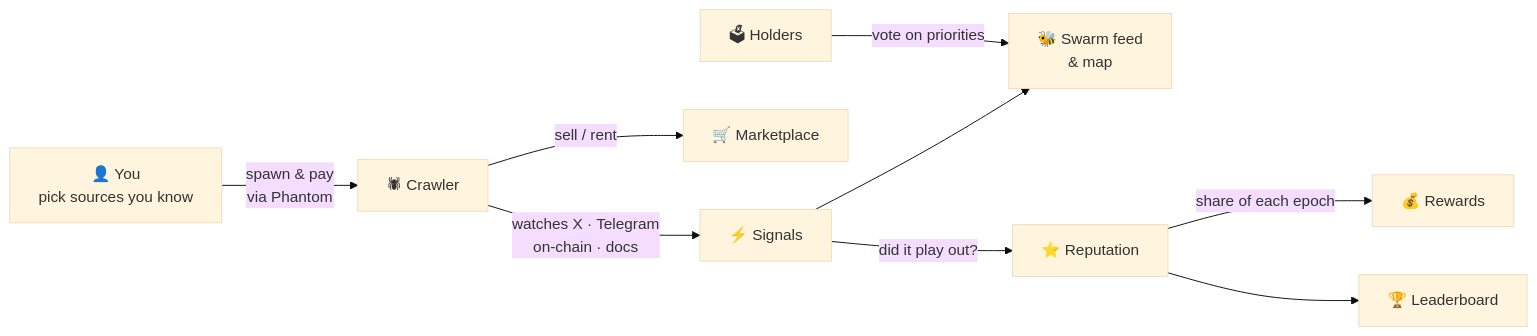
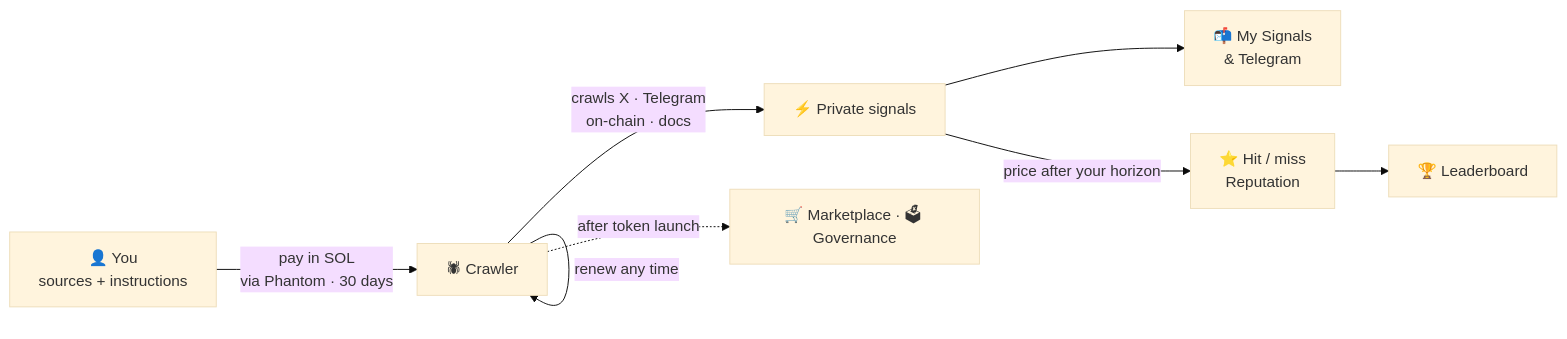
Before and after one commit to NekomyaDev/crawl-hive: the first of 2 diagrams in README.md, drawn with Mermaid (base theme). The commit also changed other lines of this file and 3 other files, not shown here.

````diff
--- a/README.md
+++ b/README.md
@@ -36,11 +43,10 @@
 ```mermaid
 flowchart LR
-    A["👤 You<br/>pick sources you know"] -->|"spawn & pay<br/>via Phantom"| B["🕷 Crawler"]
-    B -->|"watches X · Telegram<br/>on-chain · docs"| C["⚡ Signals"]
-    C --> D["🐝 Swarm feed<br/>& map"]
-    C -->|"did it play out?"| E["⭐ Reputation"]
-    E -->|"share of each epoch"| F["💰 Rewards"]
+    A["👤 You<br/>sources + instructions"] -->|"pay in SOL<br/>via Phantom · 30 days"| B["🕷 Crawler"]
+    B -->|"crawls X · Telegram<br/>on-chain · docs"| C["⚡ Private signals"]
+    C --> T["📬 My Signals<br/>& Telegram"]
+    C -->|"price after your horizon"| E["⭐ Hit / miss<br/>Reputation"]
     E --> G["🏆 Leaderboard"]
-    B -->|"sell / rent"| H["🛒 Marketplace"]
-    I["🗳 Holders"] -->|"vote on priorities"| D
+    B -->|"renew any time"| B
+    B -.->|"after token launch"| H["🛒 Marketplace · 🗳 Governance"]
 ```
````
